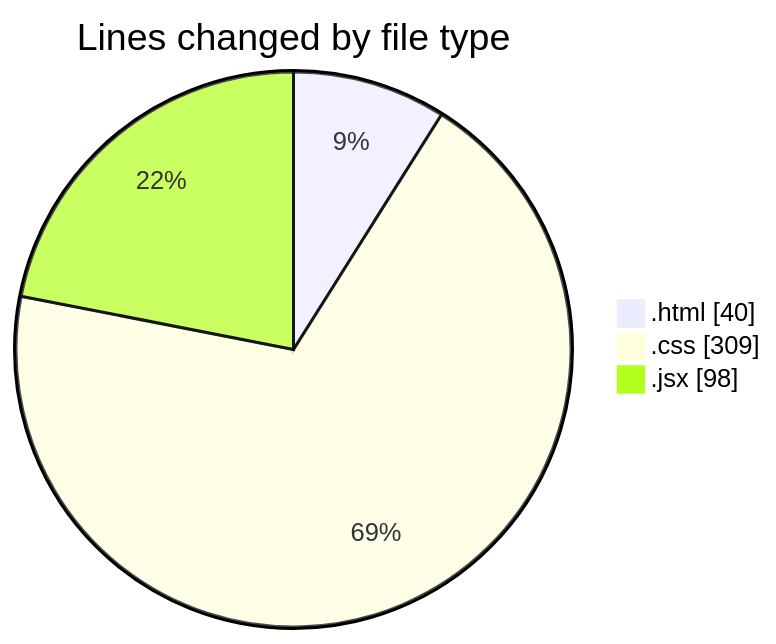
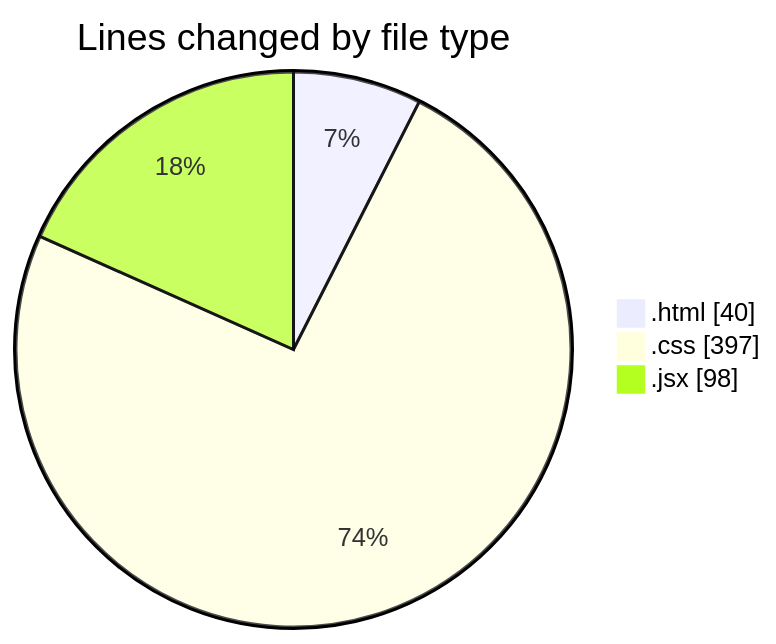
The first of 2 diagrams in 2025-05-26/projects/README.md (Ritupan-Deka/code-tracking), drawn with Mermaid before and after one commit. The commit also changed other lines of this file and 1 other file, not shown here.

````diff
--- a/2025-05-26/projects/README.md
+++ b/2025-05-26/projects/README.md
@@ -23,7 +23,7 @@
 ```mermaid
 pie showData
 title Lines changed by file type
 ".html" : 40
-".css" : 309
+".css" : 397
 ".jsx" : 98
 ```
````
